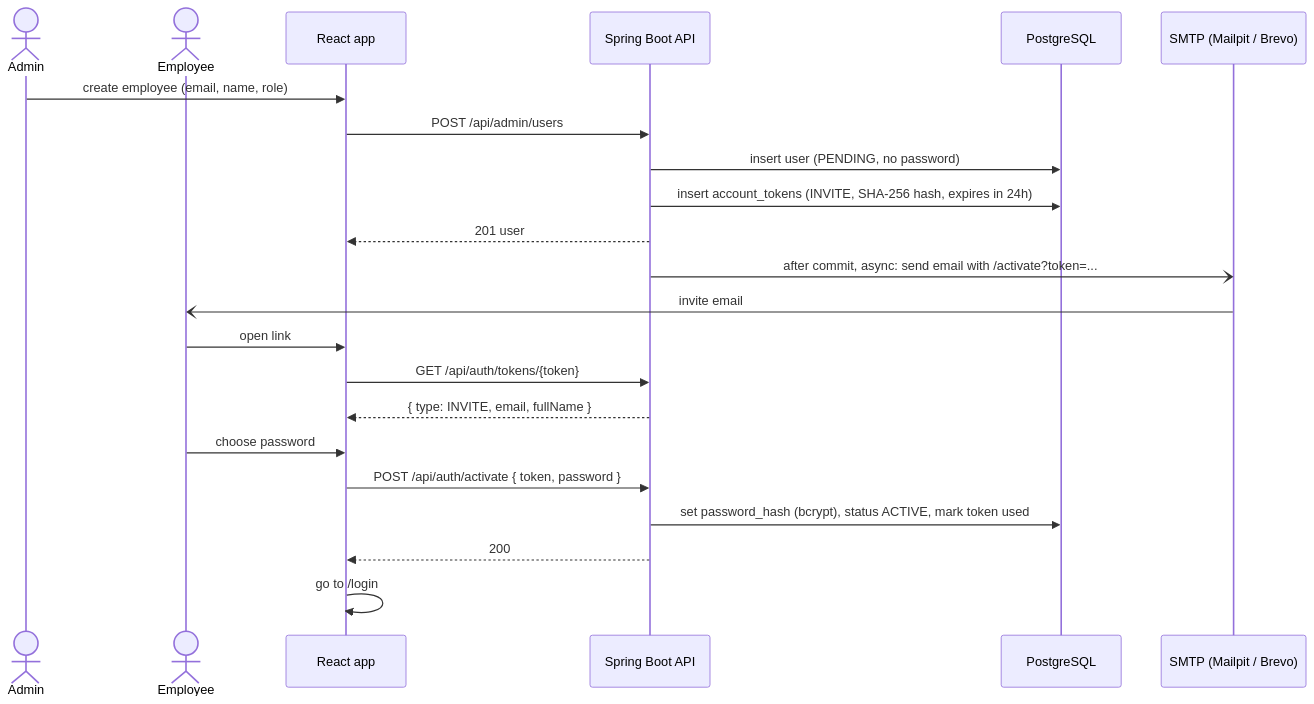
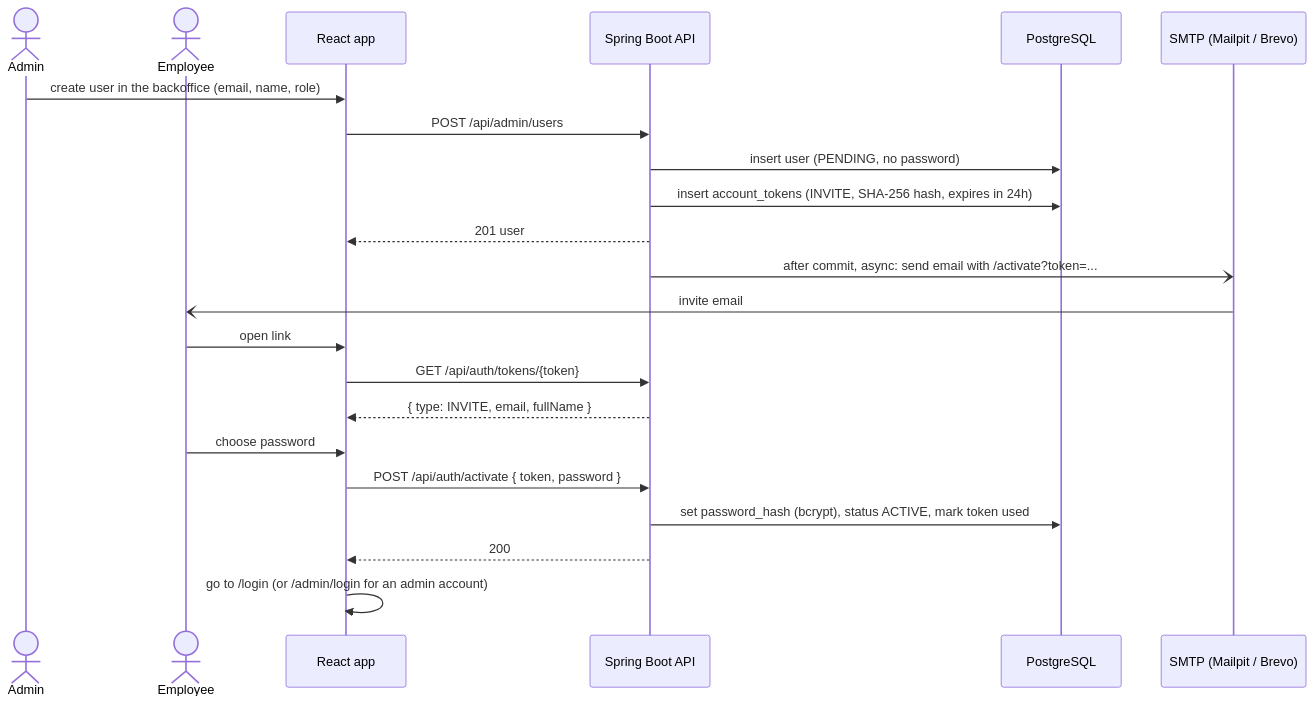
One commit to agusheryanto182/employee-portal changed the fourth of 4 diagrams in docs/auth-flows.md. Above: the diagram before and after it, drawn with Mermaid. The commit also changed other lines of this file and 5 other files, not shown here.

Commit message:
docs: reflect separate sign-in pages in flows, API, testing, deployment and README

````diff
--- a/docs/auth-flows.md
+++ b/docs/auth-flows.md
@@ -78,25 +80,25 @@
 ```mermaid
 sequenceDiagram
     actor A as Admin
     actor E as Employee
     participant FE as React app
     participant API as Spring Boot API
     participant DB as PostgreSQL
     participant M as SMTP (Mailpit / Brevo)
 
-    A->>FE: create employee (email, name, role)
+    A->>FE: create user in the backoffice (email, name, role)
     FE->>API: POST /api/admin/users
     API->>DB: insert user (PENDING, no password)
     API->>DB: insert account_tokens (INVITE, SHA-256 hash, expires in 24h)
     API-->>FE: 201 user
     API-)M: after commit, async: send email with /activate?token=...
     M-)E: invite email
     E->>FE: open link
     FE->>API: GET /api/auth/tokens/{token}
     API-->>FE: { type: INVITE, email, fullName }
     E->>FE: choose password
     FE->>API: POST /api/auth/activate { token, password }
     API->>DB: set password_hash (bcrypt), status ACTIVE, mark token used
     API-->>FE: 200
-    FE->>FE: go to /login
+    FE->>FE: go to /login (or /admin/login for an admin account)
 ```
````
